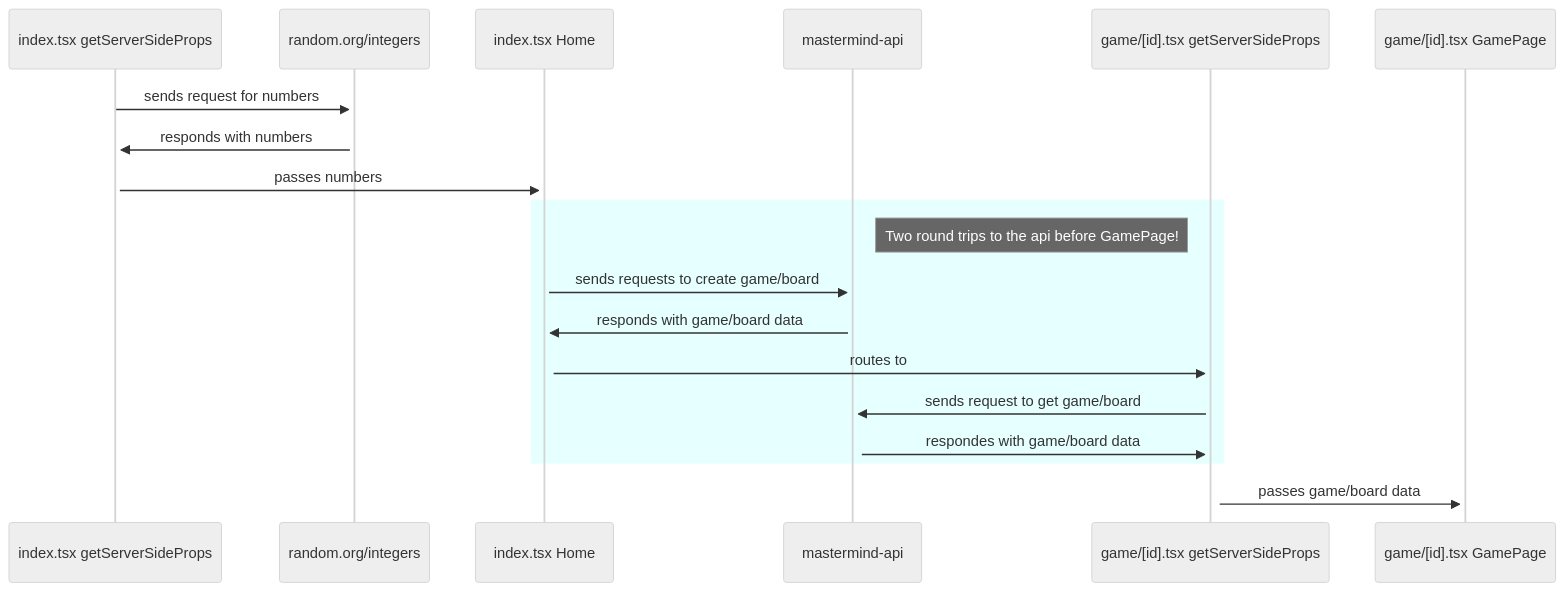
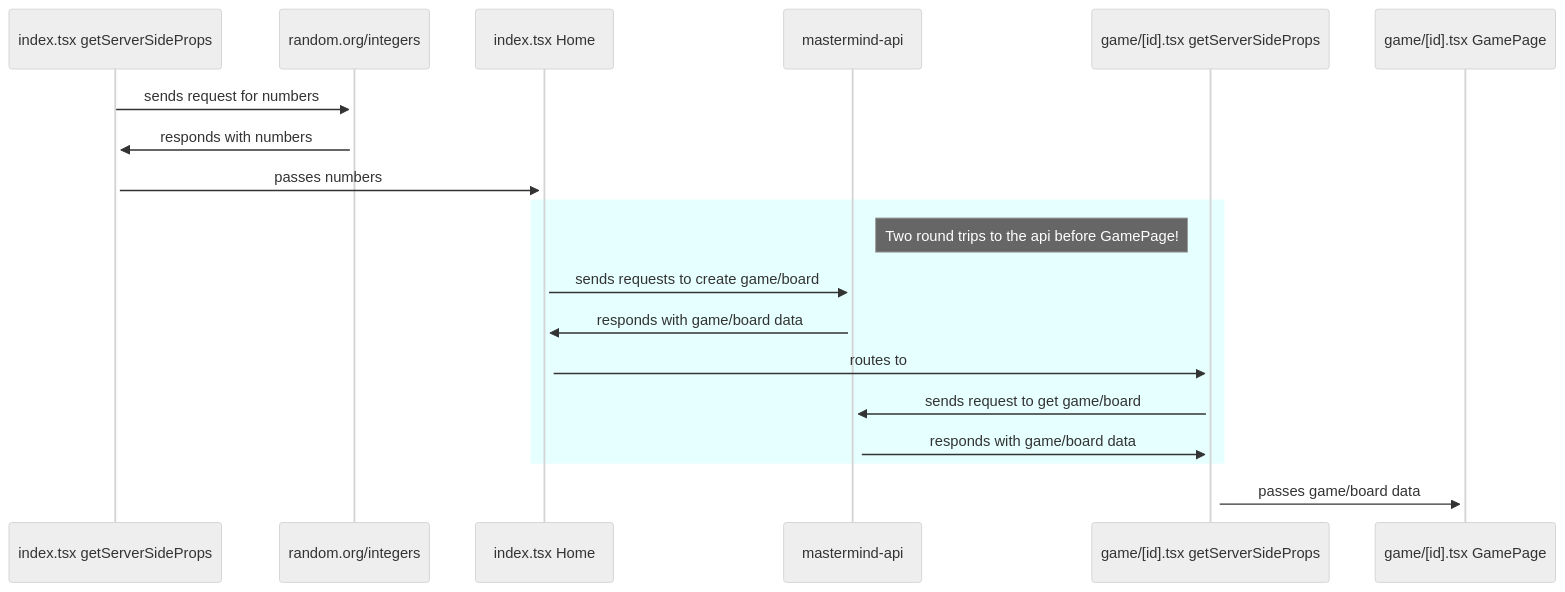
The second of 6 diagrams in README.md (allangelman/mastermind), drawn with Mermaid (neutral theme) before and after one commit. The commit also changed other lines of this file, not shown here.

````diff
--- a/README.md
+++ b/README.md
@@ -102,15 +103,15 @@
 ```mermaid
 sequenceDiagram
     index.tsx getServerSideProps ->>+ random.org/integers: sends request for numbers
     random.org/integers ->>+ index.tsx getServerSideProps: responds with numbers
     index.tsx getServerSideProps ->>+ index.tsx Home: passes numbers
     rect rgb(230, 255, 255)
     note right of mastermind-api: Two round trips to the api before GamePage!
     index.tsx Home ->>+ mastermind-api: sends requests to create game/board
     mastermind-api ->>+ index.tsx Home: responds with game/board data
     index.tsx Home ->>+ game/[id].tsx getServerSideProps: routes to
     game/[id].tsx getServerSideProps ->>+ mastermind-api: sends request to get game/board
-    mastermind-api ->>+ game/[id].tsx getServerSideProps: respondes with game/board data
+    mastermind-api ->>+ game/[id].tsx getServerSideProps: responds with game/board data
     end
     game/[id].tsx getServerSideProps ->>+ game/[id].tsx GamePage: passes game/board data
 ```
````
